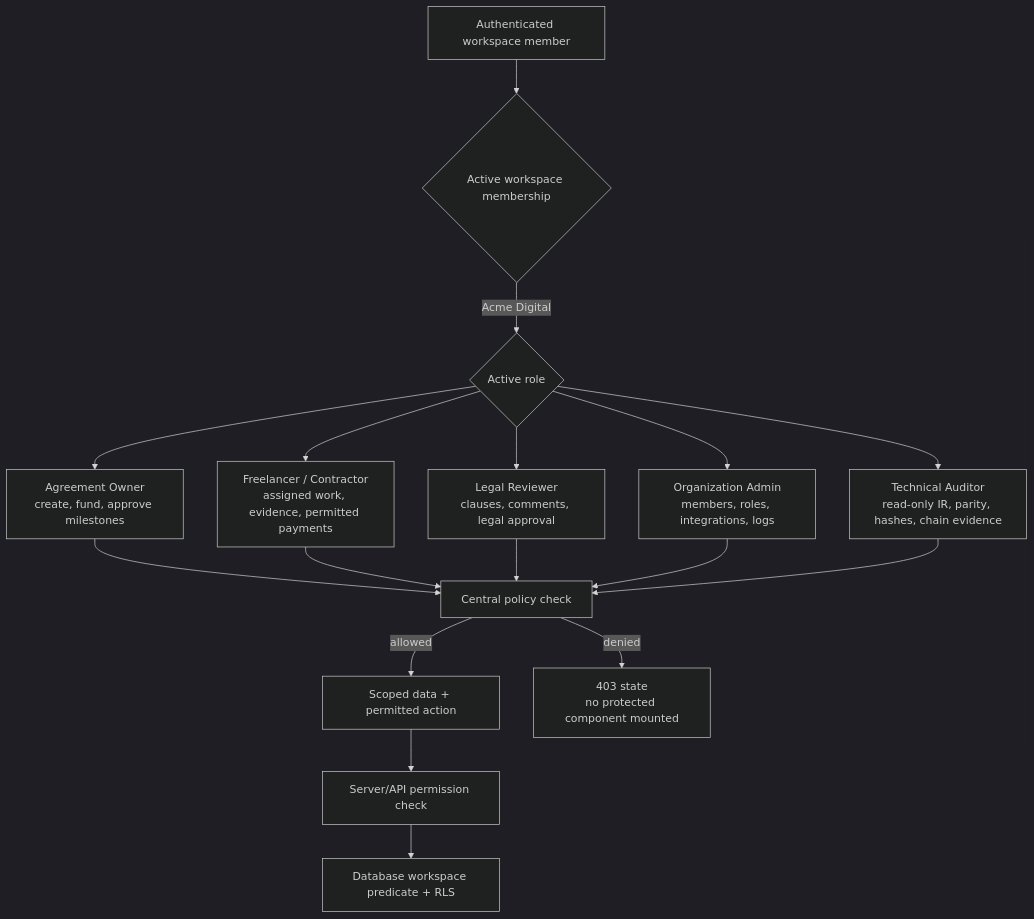
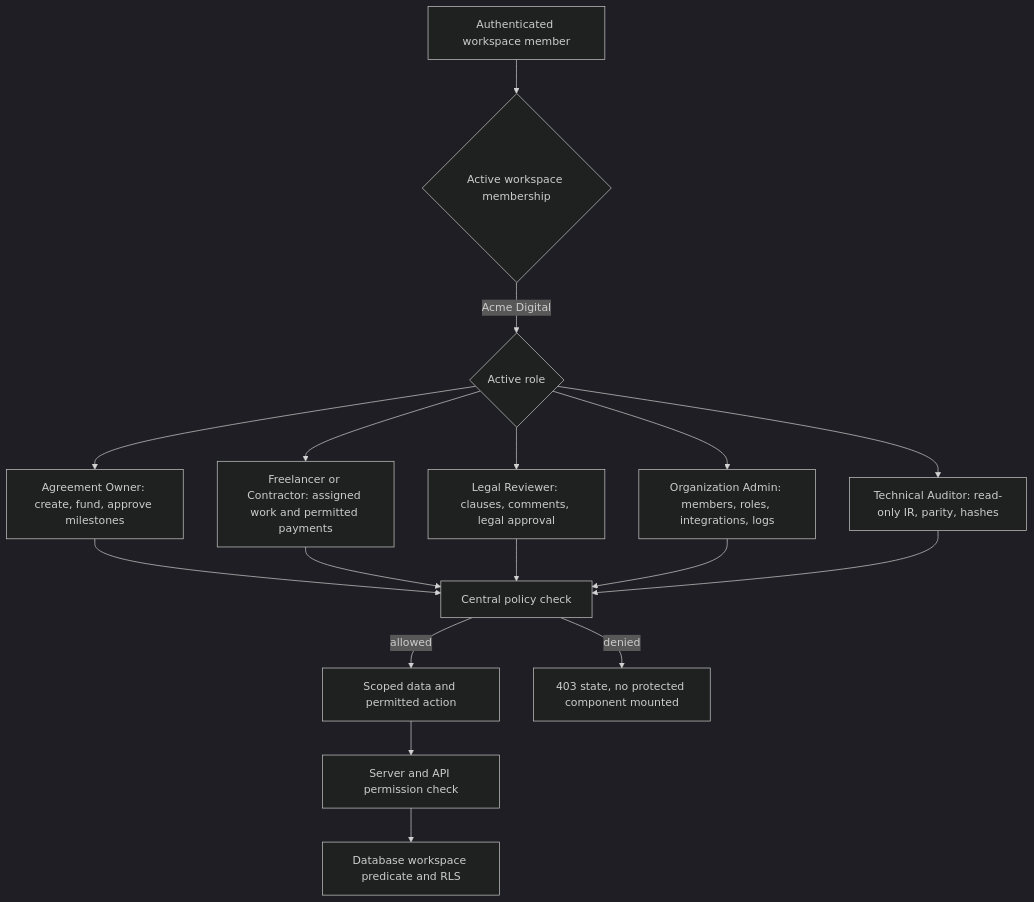
One commit to the-nidhi-bhat/LEXORA-LegalX changed the seventh of 7 diagrams in README.md. Above: the diagram before and after it, drawn with Mermaid (dark theme). The commit also changed other lines of this file and 21 other files, not shown here.

````diff
--- a/README.md
+++ b/README.md
@@ -156,19 +305,19 @@
 ```mermaid
 flowchart TB
     U[Authenticated workspace member] --> W{Active workspace membership}
     W -->|Acme Digital| R{Active role}
-    R --> O[Agreement Owner\ncreate, fund, approve milestones]
-    R --> F[Freelancer / Contractor\nassigned work, evidence, permitted payments]
-    R --> L[Legal Reviewer\nclauses, comments, legal approval]
-    R --> A[Organization Admin\nmembers, roles, integrations, logs]
-    R --> T[Technical Auditor\nread-only IR, parity, hashes, chain evidence]
+    R --> O[Agreement Owner: create, fund, approve milestones]
+    R --> F[Freelancer or Contractor: assigned work and permitted payments]
+    R --> L[Legal Reviewer: clauses, comments, legal approval]
+    R --> A[Organization Admin: members, roles, integrations, logs]
+    R --> T[Technical Auditor: read-only IR, parity, hashes]
     O --> P[Central policy check]
     F --> P
     L --> P
     A --> P
     T --> P
-    P -->|allowed| D[Scoped data + permitted action]
-    P -->|denied| X[403 state\nno protected component mounted]
-    D --> S[Server/API permission check]
-    S --> Q[Database workspace predicate + RLS]
+    P -->|allowed| D[Scoped data and permitted action]
+    P -->|denied| X[403 state, no protected component mounted]
+    D --> S[Server and API permission check]
+    S --> Q[Database workspace predicate and RLS]
 ```
````
